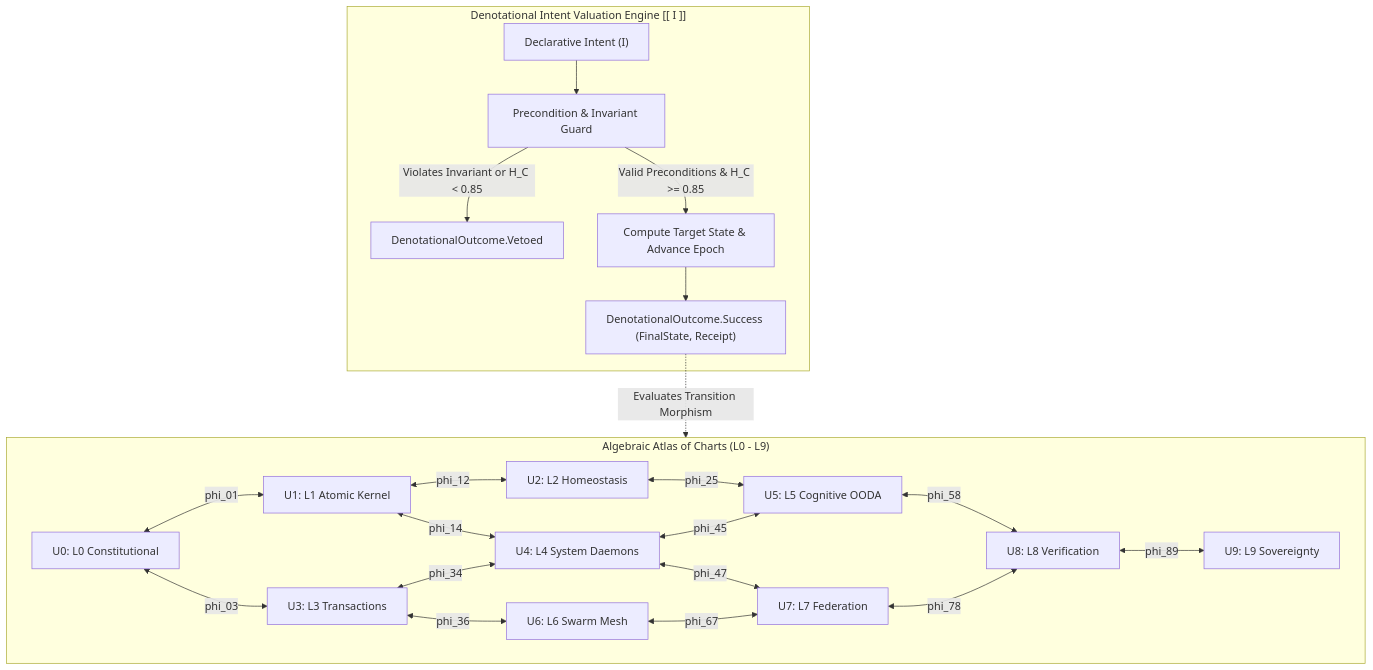
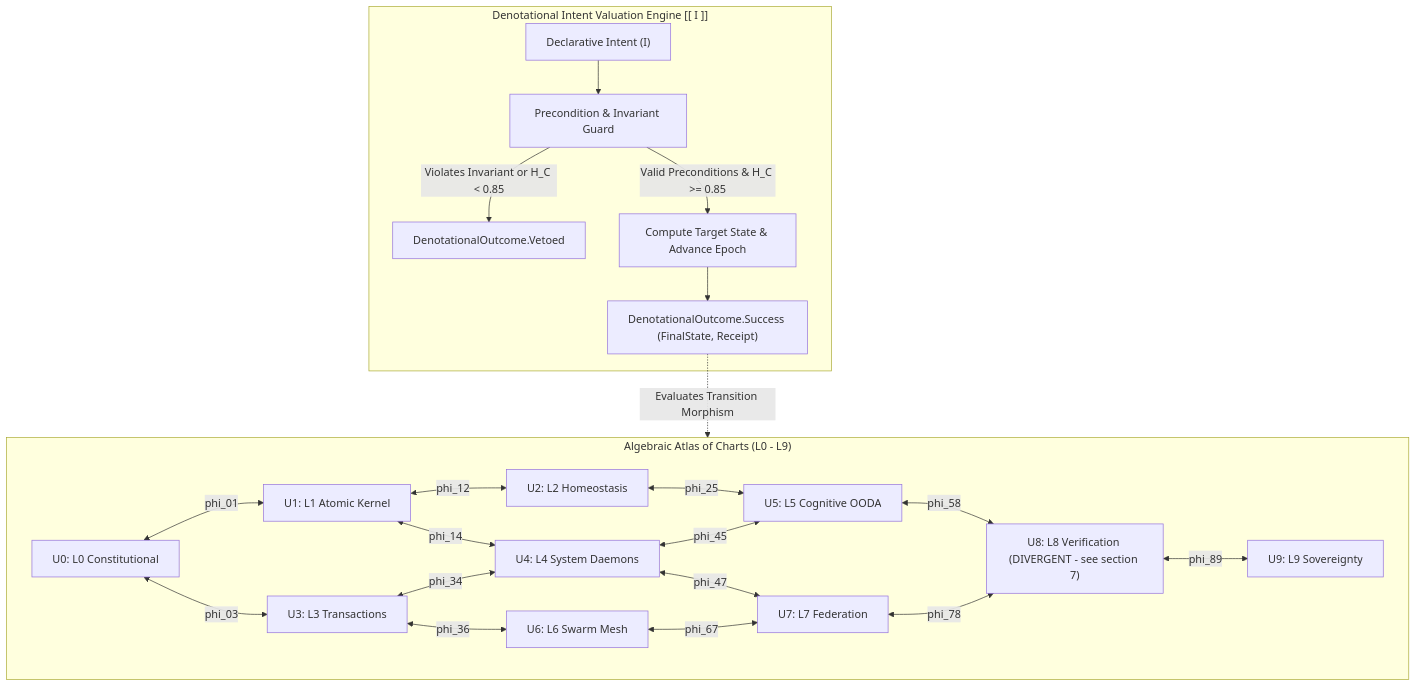
Before and after one commit to Anaik7799/uos: the diagram in contracts/rules/20260908-1110-denotational-intent-algebraic-atlas-contract.md, drawn with Mermaid. The commit also changed other lines of this file and 93 other files, not shown here.

````diff
--- a/contracts/rules/20260908-1110-denotational-intent-algebraic-atlas-contract.md
+++ b/contracts/rules/20260908-1110-denotational-intent-algebraic-atlas-contract.md
@@ -112,27 +122,27 @@
 ```mermaid
 graph TD
     subgraph IntentValuation["Denotational Intent Valuation Engine [[ I ]]"]
         I["Declarative Intent (I)"] --> PIC["Precondition & Invariant Guard"]
         PIC -->|Violates Invariant or H_C < 0.85| VETO["DenotationalOutcome.Vetoed"]
         PIC -->|Valid Preconditions & H_C >= 0.85| VAL["Compute Target State & Advance Epoch"]
         VAL --> SUCC["DenotationalOutcome.Success (FinalState, Receipt)"]
     end
 
     subgraph AlgebraicAtlas["Algebraic Atlas of Charts (L0 - L9)"]
         U0["U0: L0 Constitutional"] <-->|phi_01| U1["U1: L1 Atomic Kernel"]
         U1 <-->|phi_12| U2["U2: L2 Homeostasis"]
         U0 <-->|phi_03| U3["U3: L3 Transactions"]
         U1 <-->|phi_14| U4["U4: L4 System Daemons"]
         U2 <-->|phi_25| U5["U5: L5 Cognitive OODA"]
         U3 <-->|phi_34| U4
         U4 <-->|phi_45| U5
         U3 <-->|phi_36| U6["U6: L6 Swarm Mesh"]
         U4 <-->|phi_47| U7["U7: L7 Federation"]
-        U5 <-->|phi_58| U8["U8: L8 Verification"]
+        U5 <-->|phi_58| U8["U8: L8 Verification (DIVERGENT - see section 7)"]
         U6 <-->|phi_67| U7
         U7 <-->|phi_78| U8
         U8 <-->|phi_89| U9["U9: L9 Sovereignty"]
     end
 
     SUCC -.->|Evaluates Transition Morphism| AlgebraicAtlas
 ```
````
